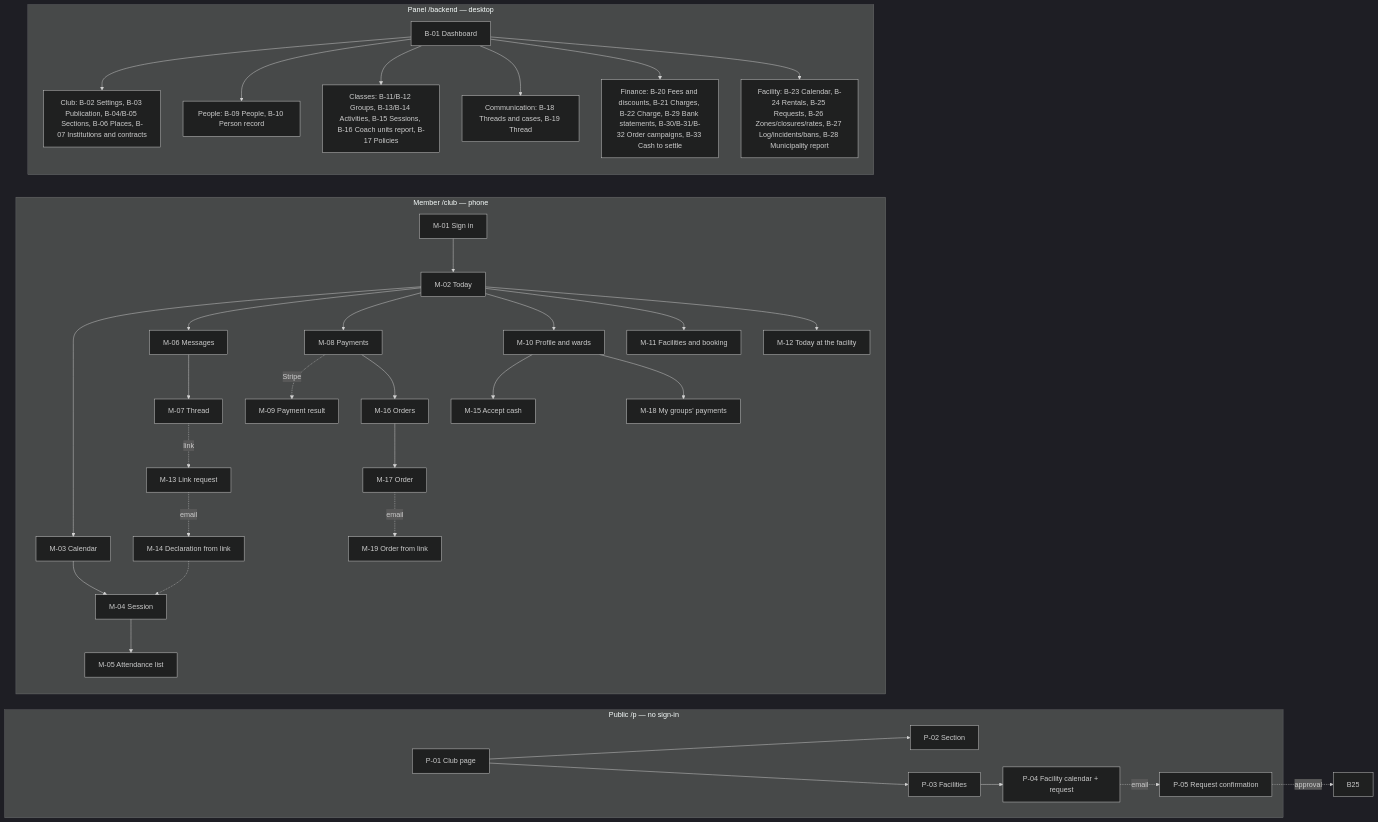
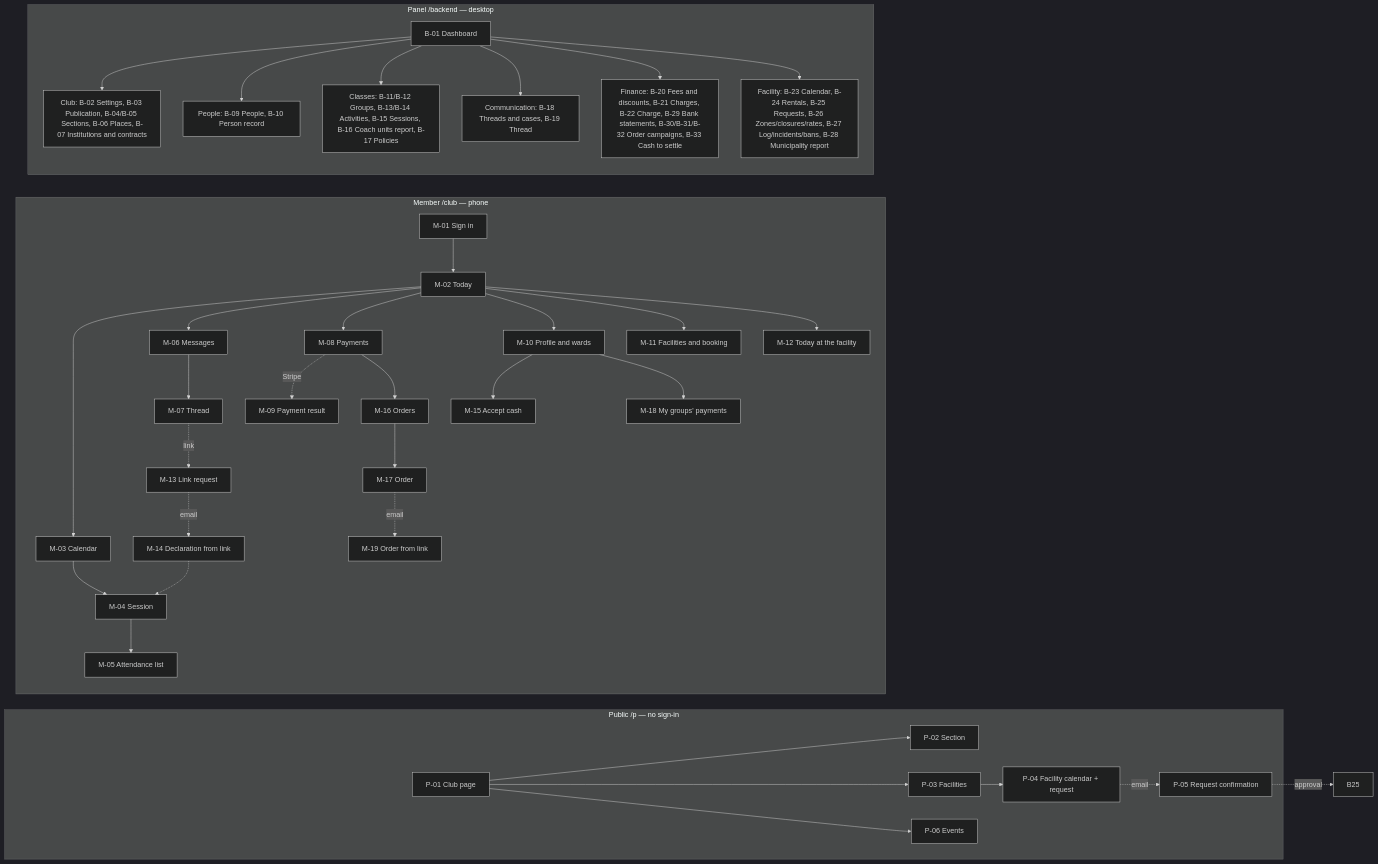
The diagram in docs/ux-concept/README.md (wladku/Vereino), drawn with Mermaid (dark theme) before and after one commit. The commit also changed other lines of this file and 11 other files, not shown here.

````diff
--- a/docs/ux-concept/README.md
+++ b/docs/ux-concept/README.md
@@ -144,34 +145,35 @@
 ```mermaid
 flowchart LR
   subgraph PUB[Public /p — no sign-in]
     P01[P-01 Club page] --> P02[P-02 Section]
     P01 --> P03[P-03 Facilities]
+    P01 --> P06[P-06 Events]
     P03 --> P04[P-04 Facility calendar + request]
     P04 -.email.-> P05[P-05 Request confirmation]
   end
   subgraph MEM[Member /club — phone]
     M01[M-01 Sign in] --> M02[M-02 Today]
     M02 --> M03[M-03 Calendar] --> M04[M-04 Session]
     M04 --> M05[M-05 Attendance list]
     M02 --> M06[M-06 Messages] --> M07[M-07 Thread]
     M02 --> M08[M-08 Payments] -.Stripe.-> M09[M-09 Payment result]
     M02 --> M10[M-10 Profile and wards]
     M02 --> M11[M-11 Facilities and booking]
     M02 --> M12[M-12 Today at the facility]
     M13[M-13 Link request] -.email.-> M14[M-14 Declaration from link]
     M08 --> M16[M-16 Orders] --> M17[M-17 Order] -.email.-> M19[M-19 Order from link]
     M10 --> M15[M-15 Accept cash]
     M10 --> M18[M-18 My groups' payments]
   end
   subgraph BCK[Panel /backend — desktop]
     B01[B-01 Dashboard] --> KLUB[Club: B-02 Settings, B-03 Publication, B-04/B-05 Sections, B-06 Places, B-07 Institutions and contracts]
     B01 --> LUDZIE[People: B-09 People, B-10 Person record]
     B01 --> ZAJ[Classes: B-11/B-12 Groups, B-13/B-14 Activities, B-15 Sessions, B-16 Coach units report, B-17 Policies]
     B01 --> KOM[Communication: B-18 Threads and cases, B-19 Thread]
     B01 --> FIN[Finance: B-20 Fees and discounts, B-21 Charges, B-22 Charge, B-29 Bank statements, B-30/B-31/B-32 Order campaigns, B-33 Cash to settle]
     B01 --> OBJ[Facility: B-23 Calendar, B-24 Rentals, B-25 Requests, B-26 Zones/closures/rates, B-27 Log/incidents/bans, B-28 Municipality report]
   end
   M14 -.-> M04
   P05 -.approval.-> B25
   M07 -.link.-> M13
 ```
````
